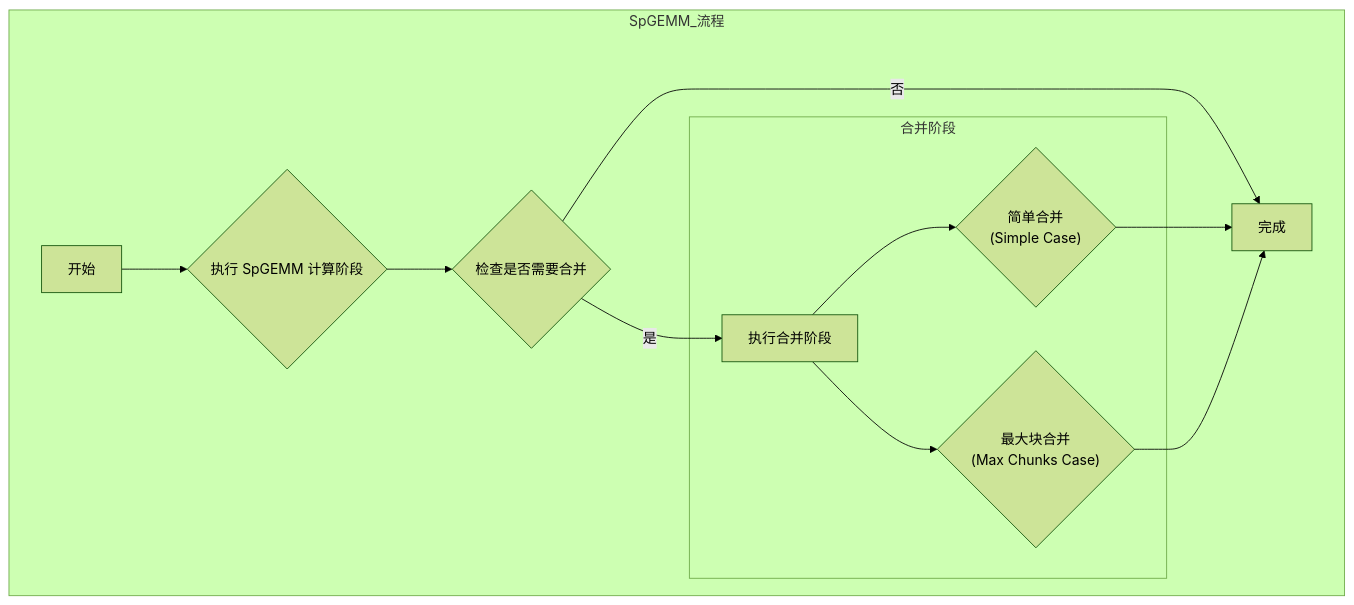
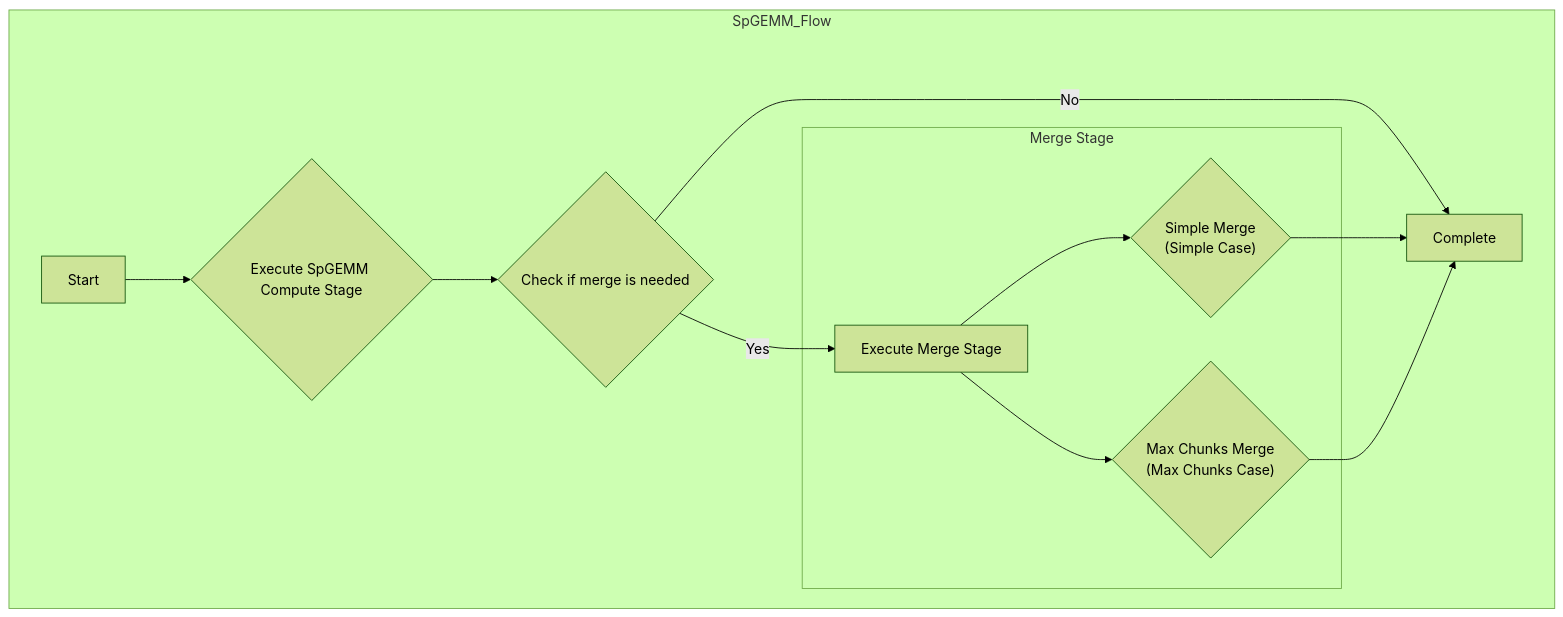
Before and after one commit to QiWu-NCIC/QiWu-KernelPerf: the ninth of 21 diagrams in KernelPerf/submissions/spmv/alphasparse/upstream/AlphasparseWiki .md, drawn with Mermaid (forest theme). The commit also changed other lines of this file and 310 other files, not shown here.

````diff
--- a/KernelPerf/submissions/spmv/alphasparse/upstream/AlphasparseWiki .md
+++ b/KernelPerf/submissions/spmv/alphasparse/upstream/AlphasparseWiki .md
@@ -866,18 +866,18 @@
 ```mermaid
 graph TD
-    subgraph SpGEMM_流程
-        A["开始"] --> B{"执行 SpGEMM 计算阶段"}
-        B --> C{"检查是否需要合并"}
-        C -->|是| D["执行合并阶段"]
-        C -->|否| F["完成"]
+    subgraph SpGEMM_Flow
+        A["Start"] --> B{"Execute SpGEMM Compute Stage"}
+        B --> C{"Check if merge is needed"}
+        C -->|Yes| D["Execute Merge Stage"]
+        C -->|No| F["Complete"]
 
-        subgraph 合并阶段
-            D --> D1{"简单合并\n(Simple Case)"}
-            D --> D2{"最大块合并\n(Max Chunks Case)"}
+        subgraph Merge Stage
+            D --> D1{"Simple Merge\n(Simple Case)"}
+            D --> D2{"Max Chunks Merge\n(Max Chunks Case)"}
         end
 
         D1 --> F
         D2 --> F
     end
 
 ```
````
